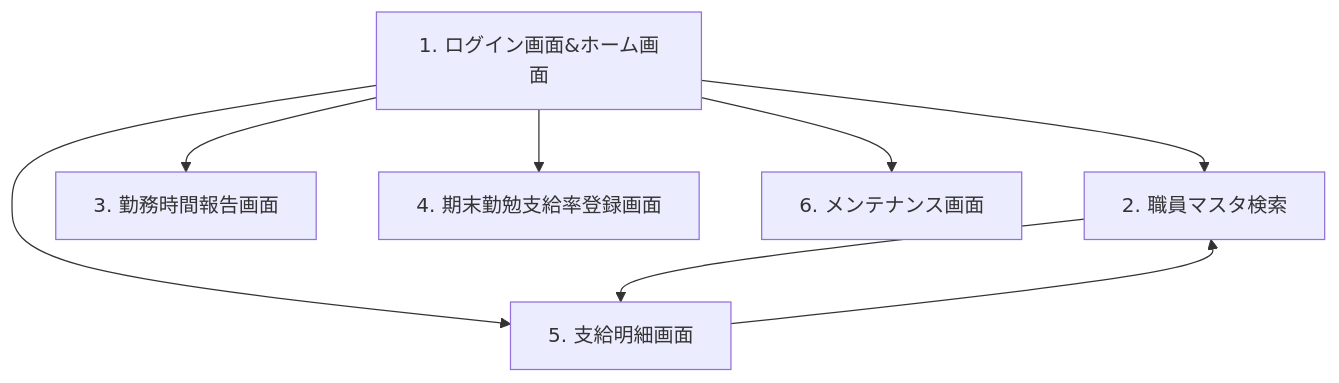
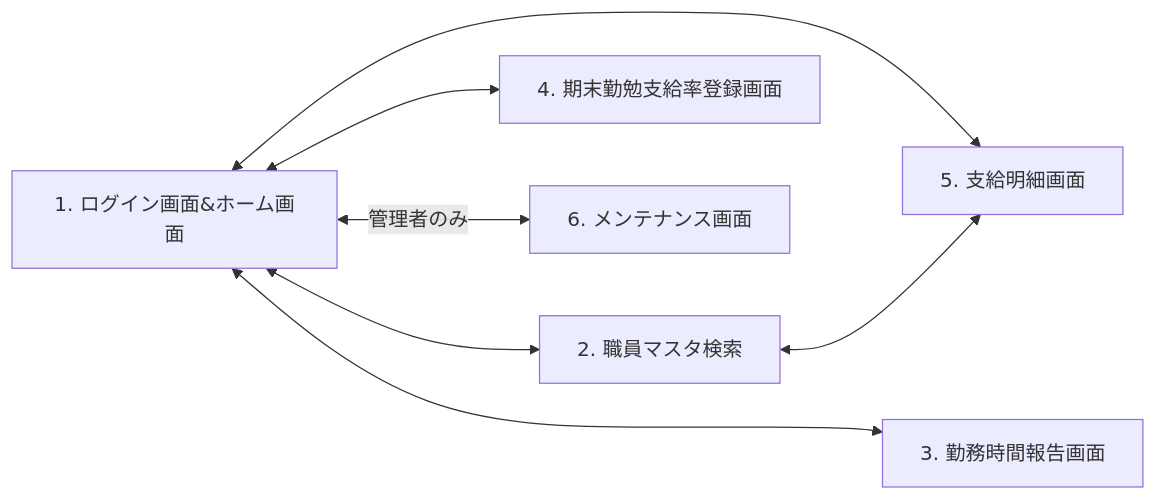
Before and after one commit to hirokazu601218/PowerAppsCanvasAppUI: the diagram in docs/requirements/screen-requirements.md, drawn with Mermaid. The commit also changed other lines of this file, not shown here.

````diff
--- a/docs/requirements/screen-requirements.md
+++ b/docs/requirements/screen-requirements.md
@@ -25,17 +27,18 @@
 ```mermaid
-flowchart TD
+flowchart LR
     S1["1. ログイン画面&ホーム画面"]
     S2["2. 職員マスタ検索"]
     S3["3. 勤務時間報告画面"]
     S4["4. 期末勤勉支給率登録画面"]
     S5["5. 支給明細画面"]
     S6["6. メンテナンス画面"]
 
-    S1 --> S2
-    S1 --> S3
-    S1 --> S4
-    S1 --> S5
-    S1 --> S6
-    S2 --> S5
-    S5 --> S2
+    S1 <--> S2
+    S1 <--> S3
+    S1 <--> S4
+    S1 <--> S5
+    S1 <-->|管理者のみ| S6
+    S2 <--> S5
+
+    S2 ~~~ S3
 ```
````
